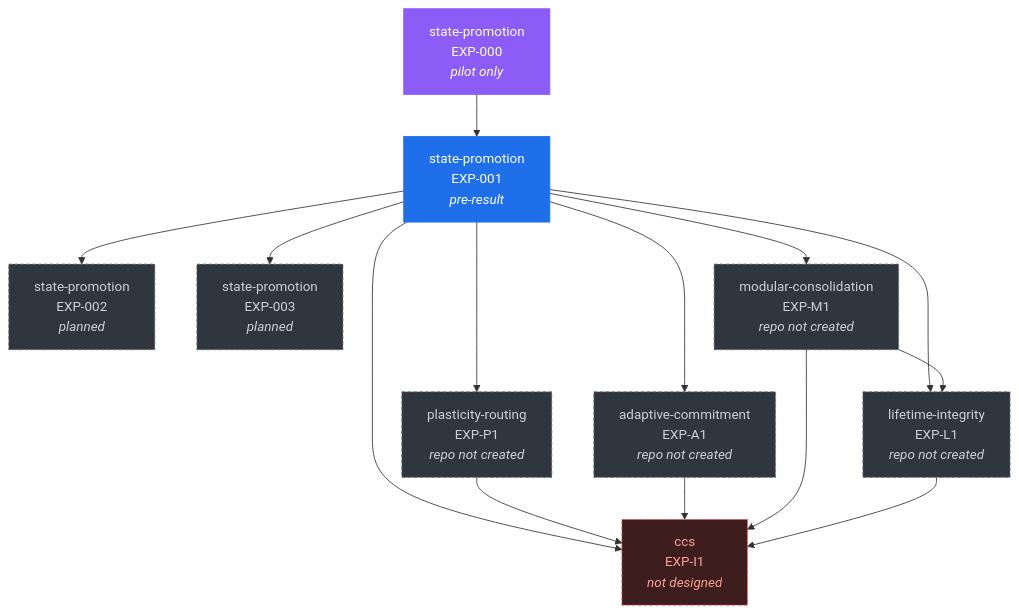
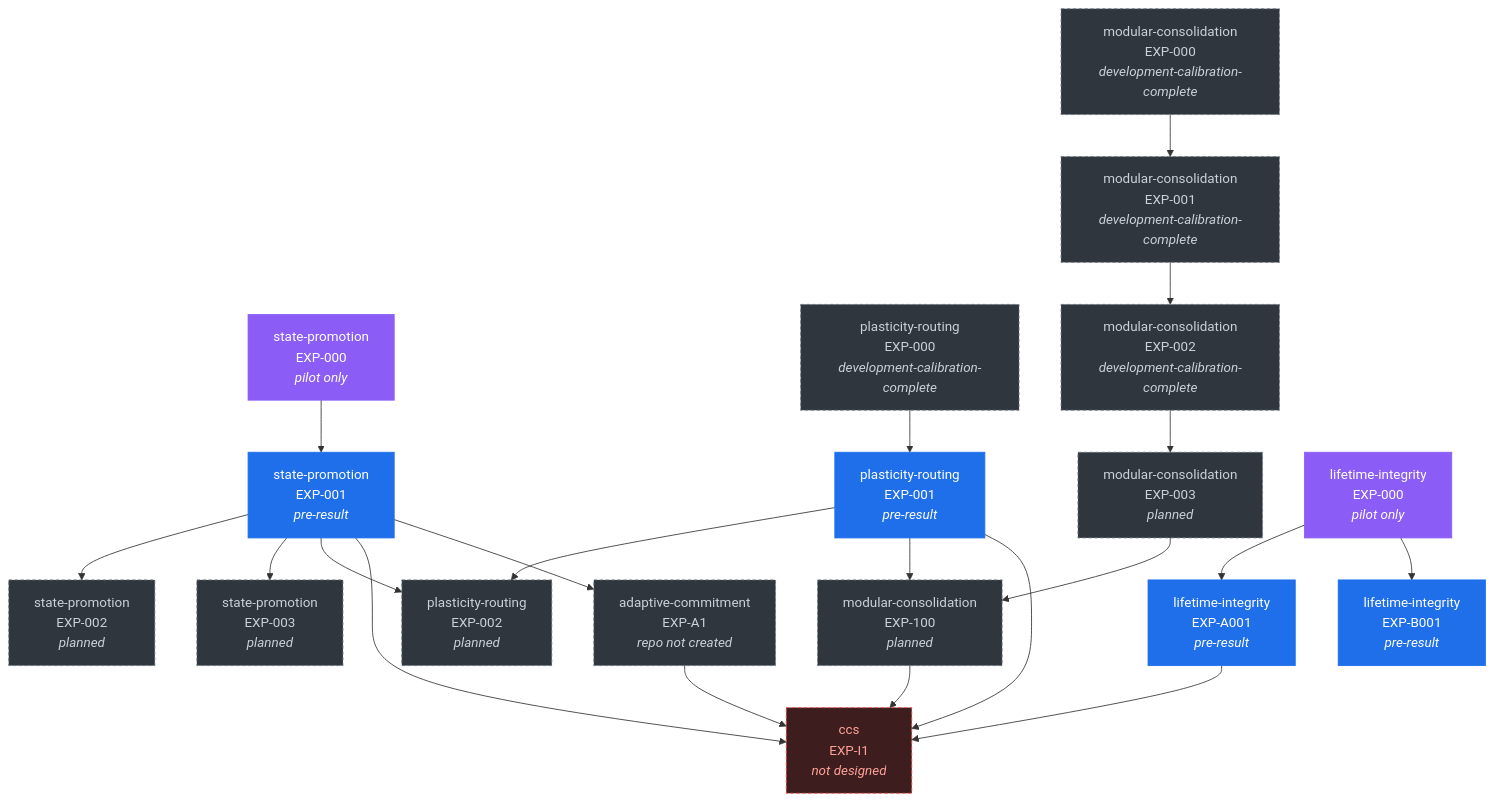
The diagram in docs/DEPENDENCY-DAG.md (in-c0/consolidating-cognitive-substrate), drawn with Mermaid before and after one commit. The commit also changed other lines of this file and 18 other files, not shown here.

````diff
--- a/docs/DEPENDENCY-DAG.md
+++ b/docs/DEPENDENCY-DAG.md
@@ -14,40 +14,62 @@
 ```mermaid
 graph TD
   state_promotion_EXP_000["state-promotion<br/>EXP-000<br/><i>pilot only</i>"]
   class state_promotion_EXP_000 pilot;
   state_promotion_EXP_001["state-promotion<br/>EXP-001<br/><i>pre-result</i>"]
   class state_promotion_EXP_001 active;
   state_promotion_EXP_002["state-promotion<br/>EXP-002<br/><i>planned</i>"]
   class state_promotion_EXP_002 planned;
   state_promotion_EXP_003["state-promotion<br/>EXP-003<br/><i>planned</i>"]
   class state_promotion_EXP_003 planned;
-  plasticity_routing_EXP_P1["plasticity-routing<br/>EXP-P1<br/><i>repo not created</i>"]
-  class plasticity_routing_EXP_P1 planned;
+  plasticity_routing_EXP_000["plasticity-routing<br/>EXP-000<br/><i>development-calibration-complete</i>"]
+  class plasticity_routing_EXP_000 planned;
+  plasticity_routing_EXP_001["plasticity-routing<br/>EXP-001<br/><i>pre-result</i>"]
+  class plasticity_routing_EXP_001 active;
+  plasticity_routing_EXP_002["plasticity-routing<br/>EXP-002<br/><i>planned</i>"]
+  class plasticity_routing_EXP_002 planned;
+  modular_consolidation_EXP_000["modular-consolidation<br/>EXP-000<br/><i>development-calibration-complete</i>"]
+  class modular_consolidation_EXP_000 planned;
+  modular_consolidation_EXP_001["modular-consolidation<br/>EXP-001<br/><i>development-calibration-complete</i>"]
+  class modular_consolidation_EXP_001 planned;
+  modular_consolidation_EXP_002["modular-consolidation<br/>EXP-002<br/><i>development-calibration-complete</i>"]
+  class modular_consolidation_EXP_002 planned;
+  modular_consolidation_EXP_003["modular-consolidation<br/>EXP-003<br/><i>planned</i>"]
+  class modular_consolidation_EXP_003 planned;
+  modular_consolidation_EXP_100["modular-consolidation<br/>EXP-100<br/><i>planned</i>"]
+  class modular_consolidation_EXP_100 planned;
+  lifetime_integrity_EXP_000["lifetime-integrity<br/>EXP-000<br/><i>pilot only</i>"]
+  class lifetime_integrity_EXP_000 pilot;
+  lifetime_integrity_EXP_A001["lifetime-integrity<br/>EXP-A001<br/><i>pre-result</i>"]
+  class lifetime_integrity_EXP_A001 active;
+  lifetime_integrity_EXP_B001["lifetime-integrity<br/>EXP-B001<br/><i>pre-result</i>"]
+  class lifetime_integrity_EXP_B001 active;
+  ccs_EXP_I1["ccs<br/>EXP-I1<br/><i>not designed</i>"]
+  class ccs_EXP_I1 undesigned;
   adaptive_commitment_EXP_A1["adaptive-commitment<br/>EXP-A1<br/><i>repo not created</i>"]
   class adaptive_commitment_EXP_A1 planned;
-  modular_consolidation_EXP_M1["modular-consolidation<br/>EXP-M1<br/><i>repo not created</i>"]
-  class modular_consolidation_EXP_M1 planned;
-  lifetime_integrity_EXP_L1["lifetime-integrity<br/>EXP-L1<br/><i>repo not created</i>"]
-  class lifetime_integrity_EXP_L1 planned;
-  ccs_EXP_I1["ccs<br/>EXP-I1<br/><i>not designed</i>"]
-  class ccs_EXP_I1 undesigned;
 
   state_promotion_EXP_000 --> state_promotion_EXP_001
   state_promotion_EXP_001 --> state_promotion_EXP_002
   state_promotion_EXP_001 --> state_promotion_EXP_003
-  state_promotion_EXP_001 --> plasticity_routing_EXP_P1
+  plasticity_routing_EXP_000 --> plasticity_routing_EXP_001
+  plasticity_routing_EXP_001 --> plasticity_routing_EXP_002
+  state_promotion_EXP_001 --> plasticity_routing_EXP_002
+  modular_consolidation_EXP_000 --> modular_consolidation_EXP_001
+  modular_consolidation_EXP_001 --> modular_consolidation_EXP_002
+  modular_consolidation_EXP_002 --> modular_consolidation_EXP_003
+  modular_consolidation_EXP_003 --> modular_consolidation_EXP_100
+  plasticity_routing_EXP_001 --> modular_consolidation_EXP_100
+  lifetime_integrity_EXP_000 --> lifetime_integrity_EXP_A001
+  lifetime_integrity_EXP_000 --> lifetime_integrity_EXP_B001
+  state_promotion_EXP_001 --> ccs_EXP_I1
+  plasticity_routing_EXP_001 --> ccs_EXP_I1
+  adaptive_commitment_EXP_A1 --> ccs_EXP_I1
+  modular_consolidation_EXP_100 --> ccs_EXP_I1
+  lifetime_integrity_EXP_A001 --> ccs_EXP_I1
   state_promotion_EXP_001 --> adaptive_commitment_EXP_A1
-  state_promotion_EXP_001 --> modular_consolidation_EXP_M1
-  state_promotion_EXP_001 --> lifetime_integrity_EXP_L1
-  modular_consolidation_EXP_M1 --> lifetime_integrity_EXP_L1
-  state_promotion_EXP_001 --> ccs_EXP_I1
-  plasticity_routing_EXP_P1 --> ccs_EXP_I1
-  adaptive_commitment_EXP_A1 --> ccs_EXP_I1
-  modular_consolidation_EXP_M1 --> ccs_EXP_I1
-  lifetime_integrity_EXP_L1 --> ccs_EXP_I1
 
   classDef active fill:#1f6feb,stroke:#1f6feb,color:#fff;
   classDef pilot fill:#8b5cf6,stroke:#8b5cf6,color:#fff;
   classDef planned fill:#30363d,stroke:#6e7681,color:#c9d1d9,stroke-dasharray:4 3;
   classDef undesigned fill:#3d1d1d,stroke:#f85149,color:#ffa198,stroke-dasharray:4 3;
 ```
````
